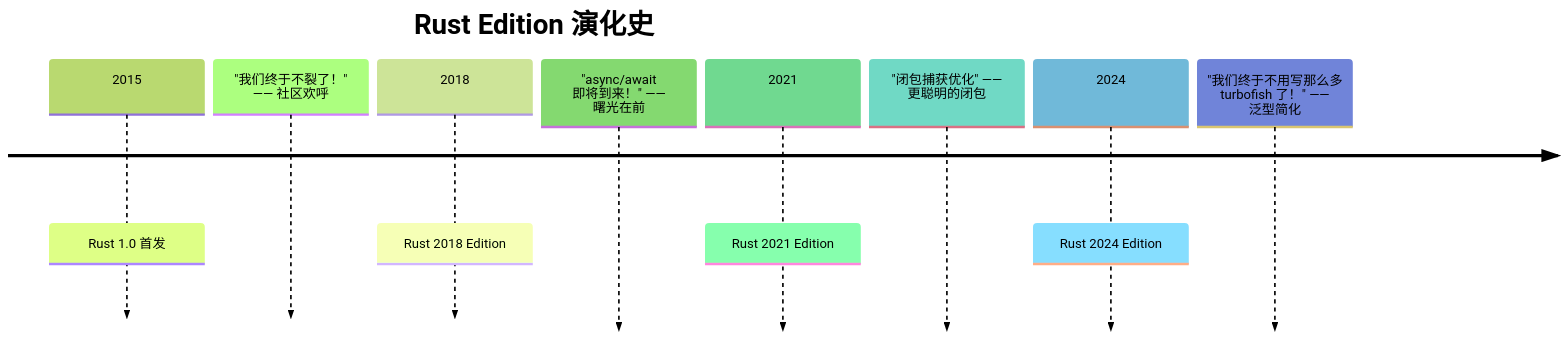
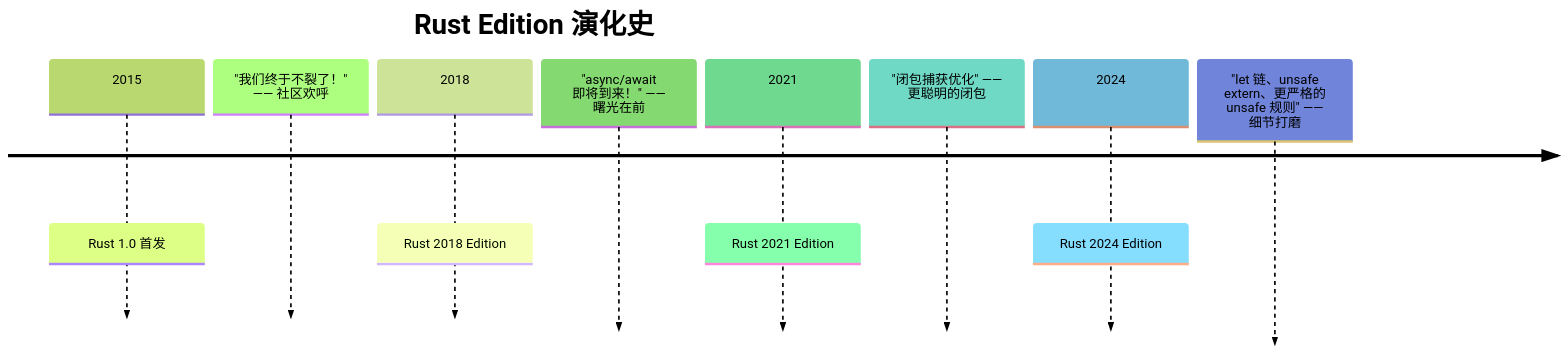
The first of 3 diagrams in content/Rust/basic/Chapter-21-Rust-2024-Edition.md (before80/prgms), drawn with Mermaid (forest theme) before and after one commit. The commit also changed other lines of this file and 1645 other files, not shown here.

````diff
--- a/content/Rust/basic/Chapter-21-Rust-2024-Edition.md
+++ b/content/Rust/basic/Chapter-21-Rust-2024-Edition.md
@@ -23,12 +23,12 @@
 ```mermaid
 timeline
     title Rust Edition 演化史
     2015 : Rust 1.0 首发
            "我们终于不裂了！" —— 社区欢呼
     2018 : Rust 2018 Edition
            "async/await 即将到来！" —— 曙光在前
     2021 : Rust 2021 Edition
            "闭包捕获优化" —— 更聪明的闭包
     2024 : Rust 2024 Edition
-           "我们终于不用写那么多 turbofish 了！" —— 泛型简化
+             "let 链、unsafe extern、更严格的 unsafe 规则" —— 细节打磨
 ```
````
